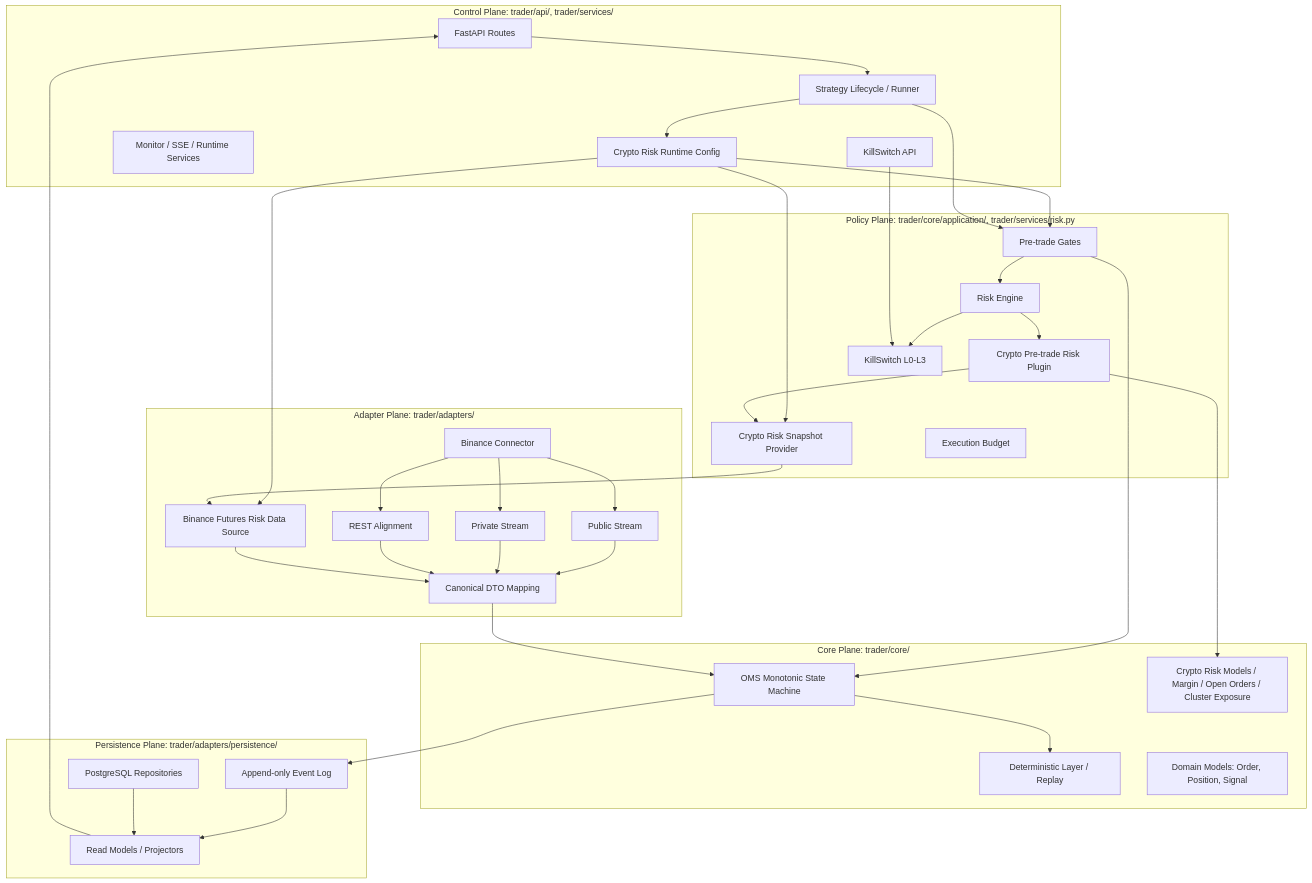
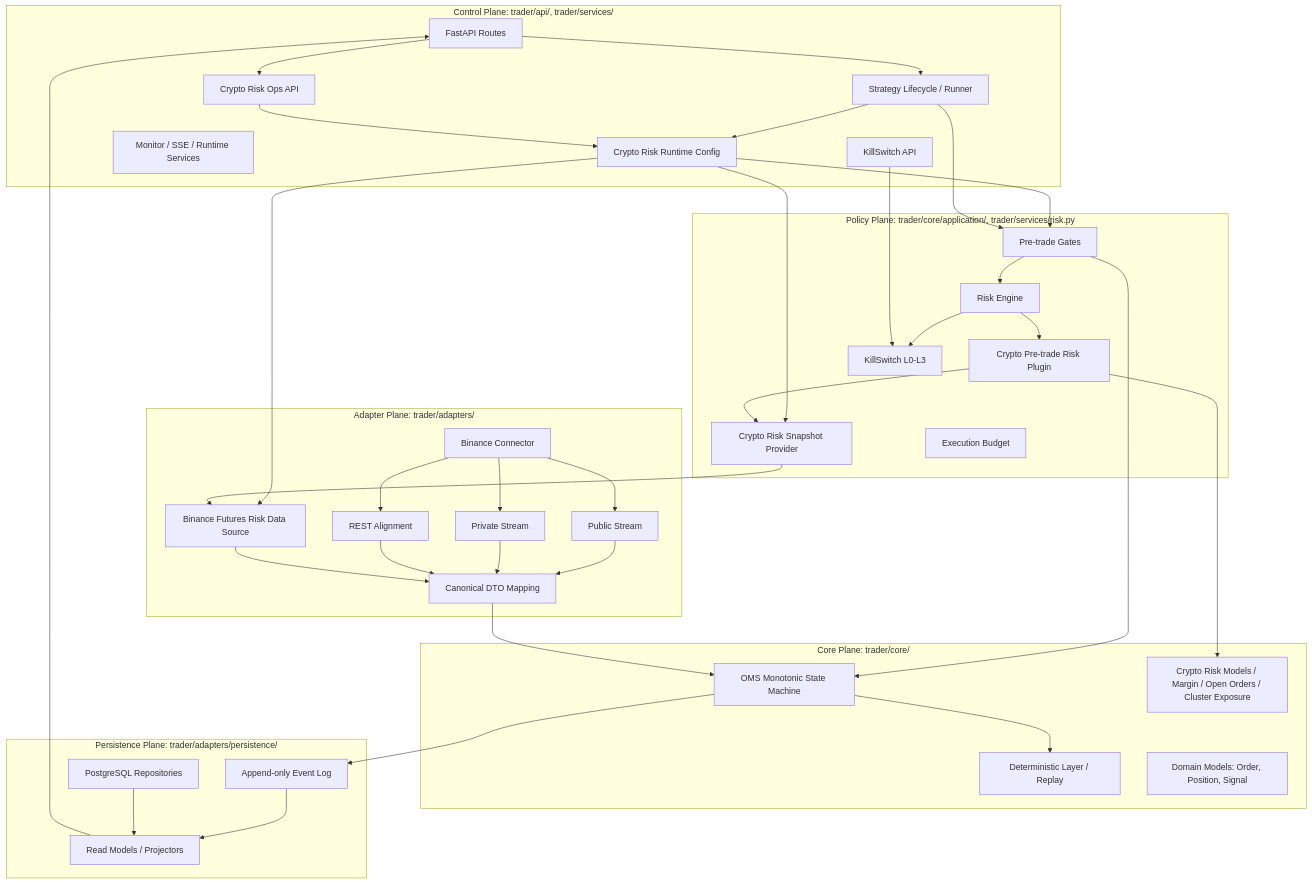
The first of 6 diagrams in docs/PROJECT_ARCHITECTURE.md (xiaomiaoalex/quant_trading_system), drawn with Mermaid before and after one commit. The commit also changed other lines of this file and 33 other files, not shown here.

Commit message:
feat(task-9.12): add crypto risk demo ops probe

````diff
--- a/docs/PROJECT_ARCHITECTURE.md
+++ b/docs/PROJECT_ARCHITECTURE.md
@@ -16,69 +16,72 @@
 ```mermaid
 flowchart TB
     subgraph Control["Control Plane: trader/api/, trader/services/"]
         API["FastAPI Routes"]
         Lifecycle["Strategy Lifecycle / Runner"]
         CryptoRuntime["Crypto Risk Runtime Config"]
+        CryptoOps["Crypto Risk Ops API"]
         Monitor["Monitor / SSE / Runtime Services"]
         KillAPI["KillSwitch API"]
     end
 
     subgraph Policy["Policy Plane: trader/core/application/, trader/services/risk.py"]
         Risk["Risk Engine"]
         Gate["Pre-trade Gates"]
         CryptoGate["Crypto Pre-trade Risk Plugin"]
         CryptoSnapshot["Crypto Risk Snapshot Provider"]
         Kill["KillSwitch L0-L3"]
         Budget["Execution Budget"]
     end
 
     subgraph Core["Core Plane: trader/core/"]
         OMS["OMS Monotonic State Machine"]
         Deterministic["Deterministic Layer / Replay"]
         Domain["Domain Models: Order, Position, Signal"]
         CryptoRisk["Crypto Risk Models / Margin / Open Orders / Cluster Exposure"]
     end
 
     subgraph Adapter["Adapter Plane: trader/adapters/"]
         Binance["Binance Connector"]
         PublicWS["Public Stream"]
         PrivateWS["Private Stream"]
         RestAlign["REST Alignment"]
         Clean["Canonical DTO Mapping"]
         CryptoSource["Binance Futures Risk Data Source"]
     end
 
     subgraph Persistence["Persistence Plane: trader/adapters/persistence/"]
         EventLog["Append-only Event Log"]
         PG["PostgreSQL Repositories"]
         Projection["Read Models / Projectors"]
     end
 
     API --> Lifecycle
+    API --> CryptoOps
     Lifecycle --> CryptoRuntime
+    CryptoOps --> CryptoRuntime
     CryptoRuntime --> Gate
     CryptoRuntime --> CryptoSnapshot
     CryptoRuntime --> CryptoSource
     Lifecycle --> Gate
     Gate --> Risk
     Risk --> CryptoGate
     CryptoGate --> CryptoSnapshot
     CryptoGate --> CryptoRisk
     CryptoSnapshot --> CryptoSource
     Risk --> Kill
     Gate --> OMS
     OMS --> Deterministic
     OMS --> EventLog
     EventLog --> Projection
     Projection --> API
     Binance --> PublicWS
     Binance --> PrivateWS
     Binance --> RestAlign
     PublicWS --> Clean
     PrivateWS --> Clean
     RestAlign --> Clean
     Clean --> OMS
     CryptoSource --> Clean
     PG --> Projection
     KillAPI --> Kill
 ```
````
